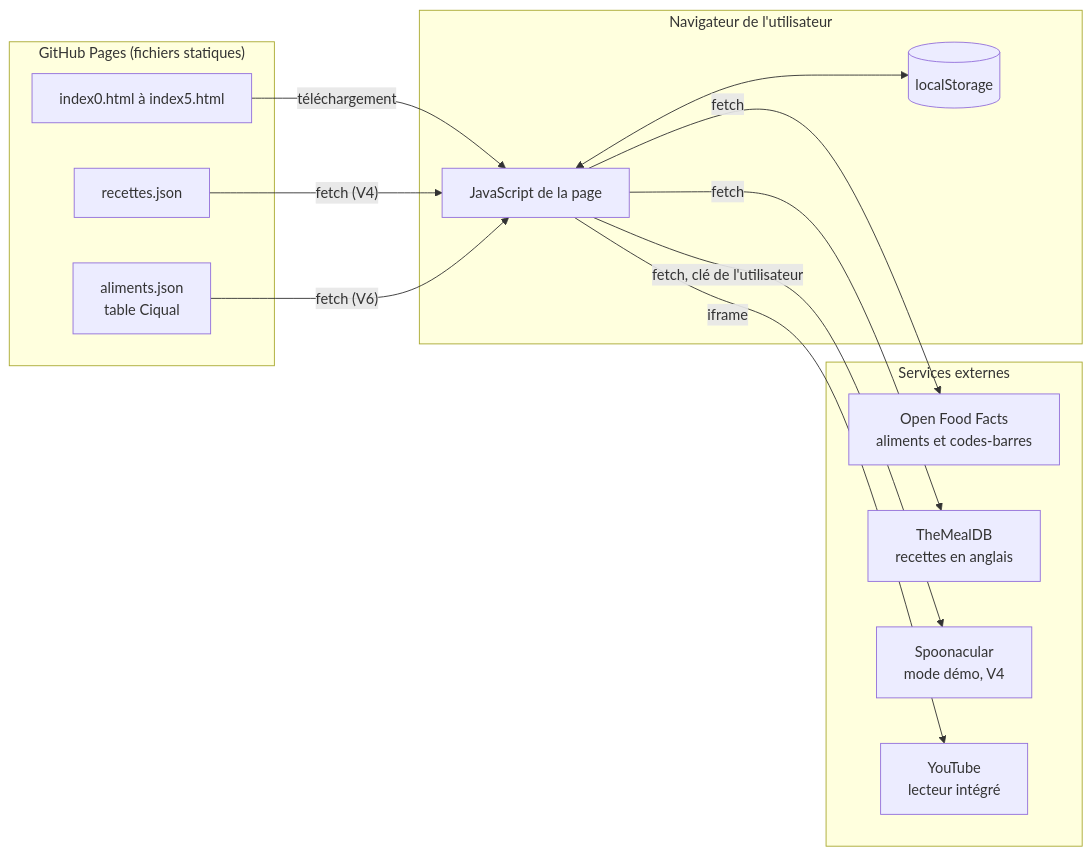
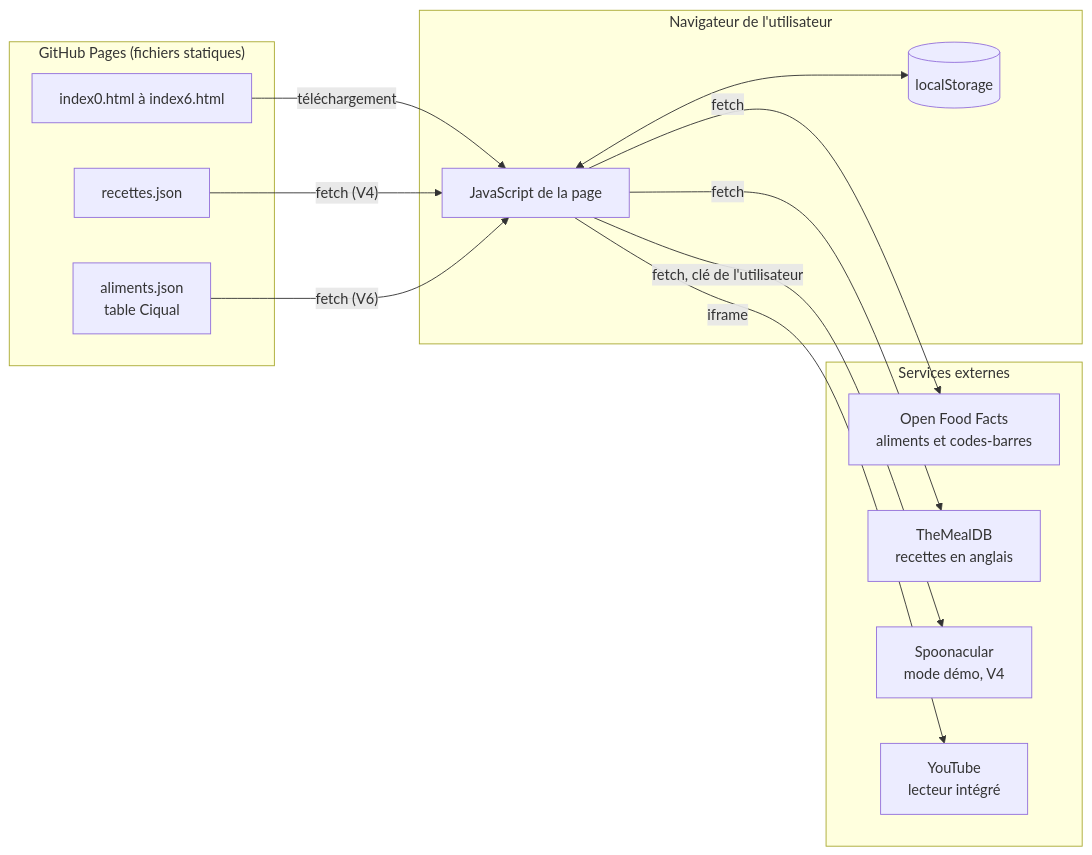
One commit to Sami-Le/generateur-de-recettes changed the first of 6 diagrams in technique.md. Above: the diagram before and after it, drawn with Mermaid. The commit also changed other lines of this file and 5 other files, not shown here.

First line of the commit message:
V7 : icônes par famille d'aliments, tolérance aux fautes de frappe, graphisme retouché

````diff
--- a/technique.md
+++ b/technique.md
@@ -9,26 +9,26 @@
 ```mermaid
 flowchart LR
     subgraph GH["GitHub Pages (fichiers statiques)"]
-        H["index0.html à index5.html"]
+        H["index0.html à index6.html"]
         R["recettes.json"]
         A["aliments.json<br/>table Ciqual"]
     end
     subgraph NAV["Navigateur de l'utilisateur"]
         JS["JavaScript de la page"]
         LS[("localStorage")]
     end
     subgraph API["Services externes"]
         OFF["Open Food Facts<br/>aliments et codes-barres"]
         MDB["TheMealDB<br/>recettes en anglais"]
         SP["Spoonacular<br/>mode démo, V4"]
         YT["YouTube<br/>lecteur intégré"]
     end
     H -->|"téléchargement"| JS
     R -->|"fetch (V4)"| JS
     A -->|"fetch (V6)"| JS
     JS <--> LS
     JS -->|"fetch"| OFF
     JS -->|"fetch"| MDB
     JS -->|"fetch, clé de l'utilisateur"| SP
     JS -->|"iframe"| YT
 ```
````
